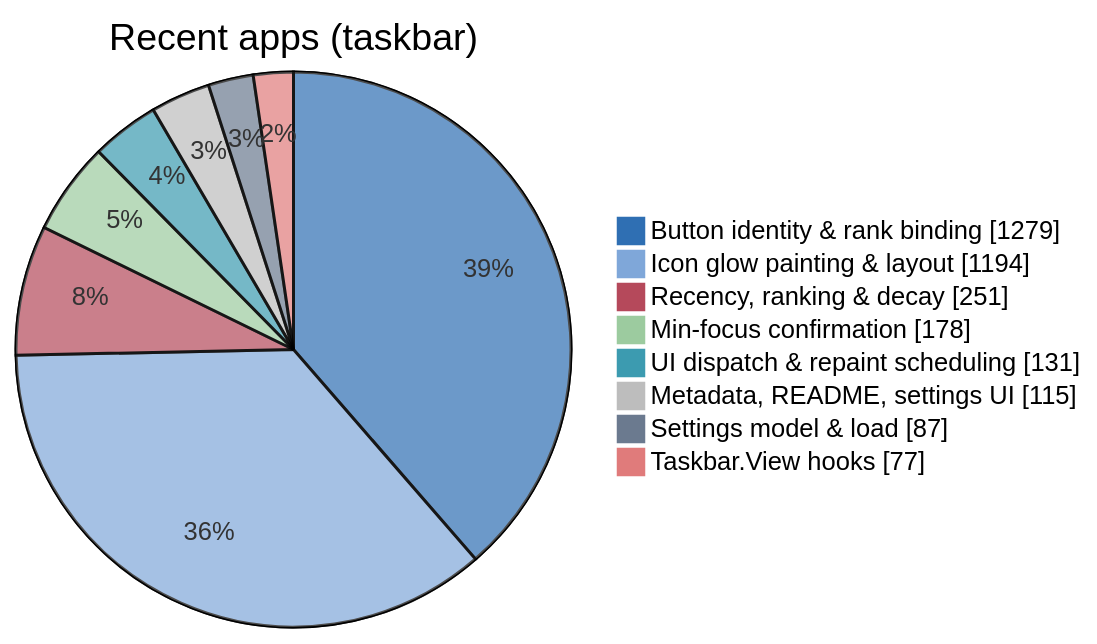
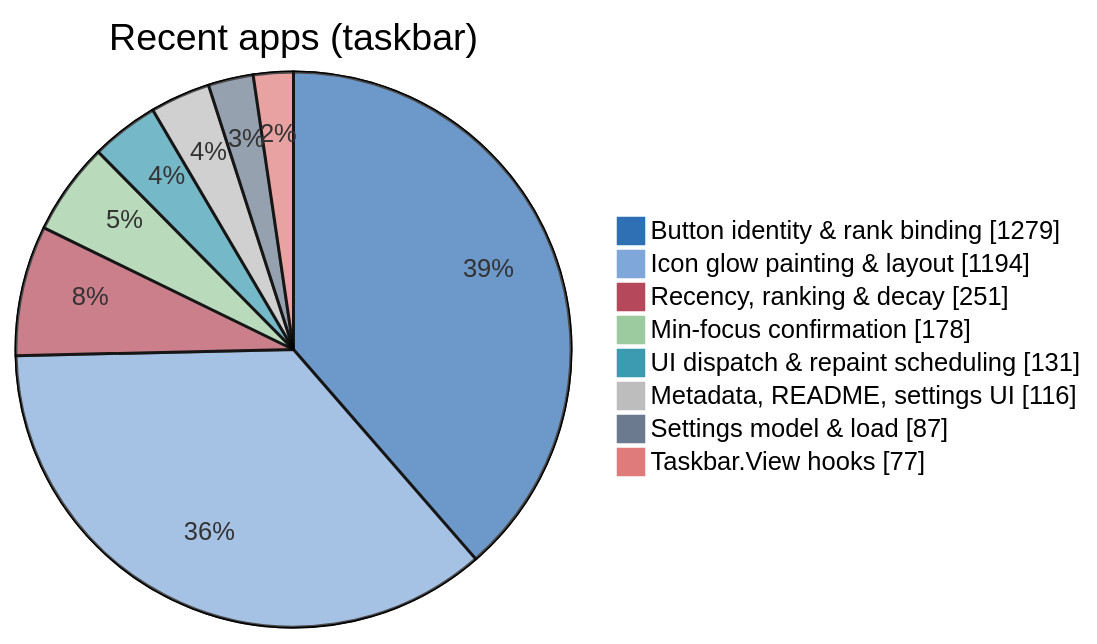
The third of 5 diagrams in doc/code/code-breakdown.md (jvlasek/taskbar-recent-focus-highlight), drawn with Mermaid before and after one commit. The commit also changed other lines of this file and 10 other files, not shown here.

````diff
--- a/doc/code/code-breakdown.md
+++ b/doc/code/code-breakdown.md
@@ -119,12 +119,12 @@
 ```mermaid
 %%{init: {"themeVariables": {"pie1": "#2F6FB3", "pie2": "#7FA7D9", "pie3": "#B5495B", "pie4": "#9CCB9F", "pie5": "#3C9BB0", "pie6": "#BDBDBD", "pie7": "#6B7A8F", "pie8": "#E07B7B", "pieOuterStrokeWidth": "1px"}}}%%
 pie showData title Recent apps (taskbar)
     "Button identity & rank binding" : 1279
     "Icon glow painting & layout" : 1194
     "Recency, ranking & decay" : 251
     "Min-focus confirmation" : 178
     "UI dispatch & repaint scheduling" : 131
-    "Metadata, README, settings UI" : 115
+    "Metadata, README, settings UI" : 116
     "Settings model & load" : 87
     "Taskbar.View hooks" : 77
 ```
````
